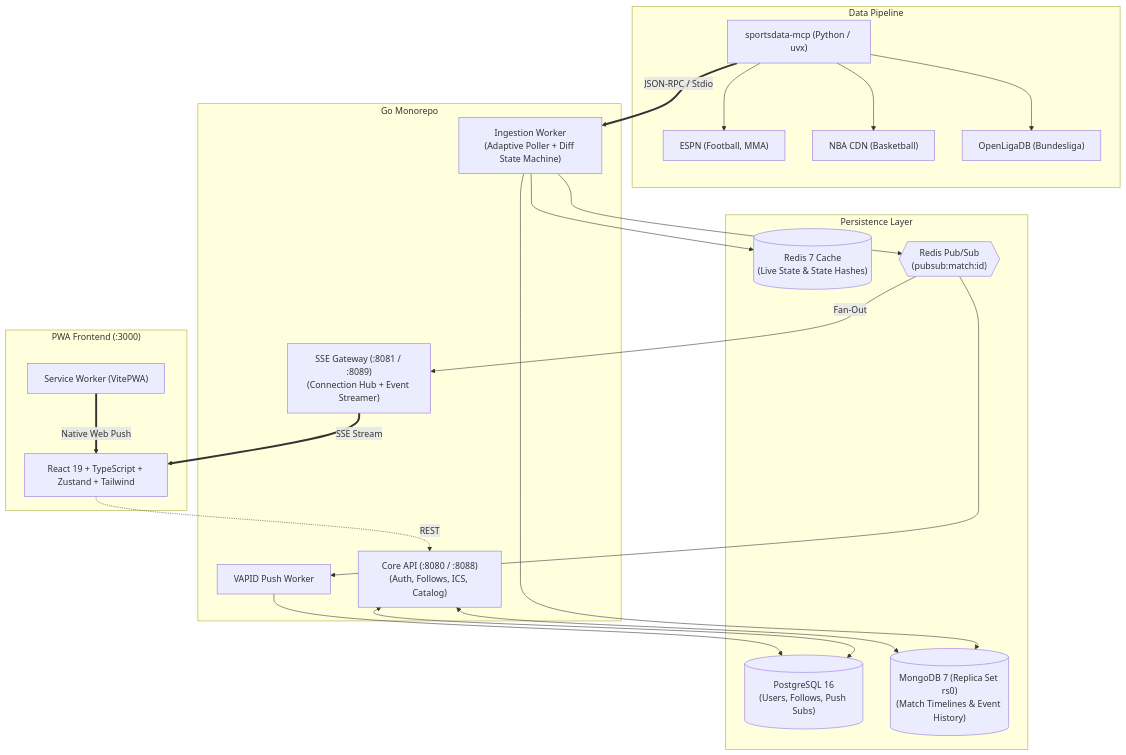
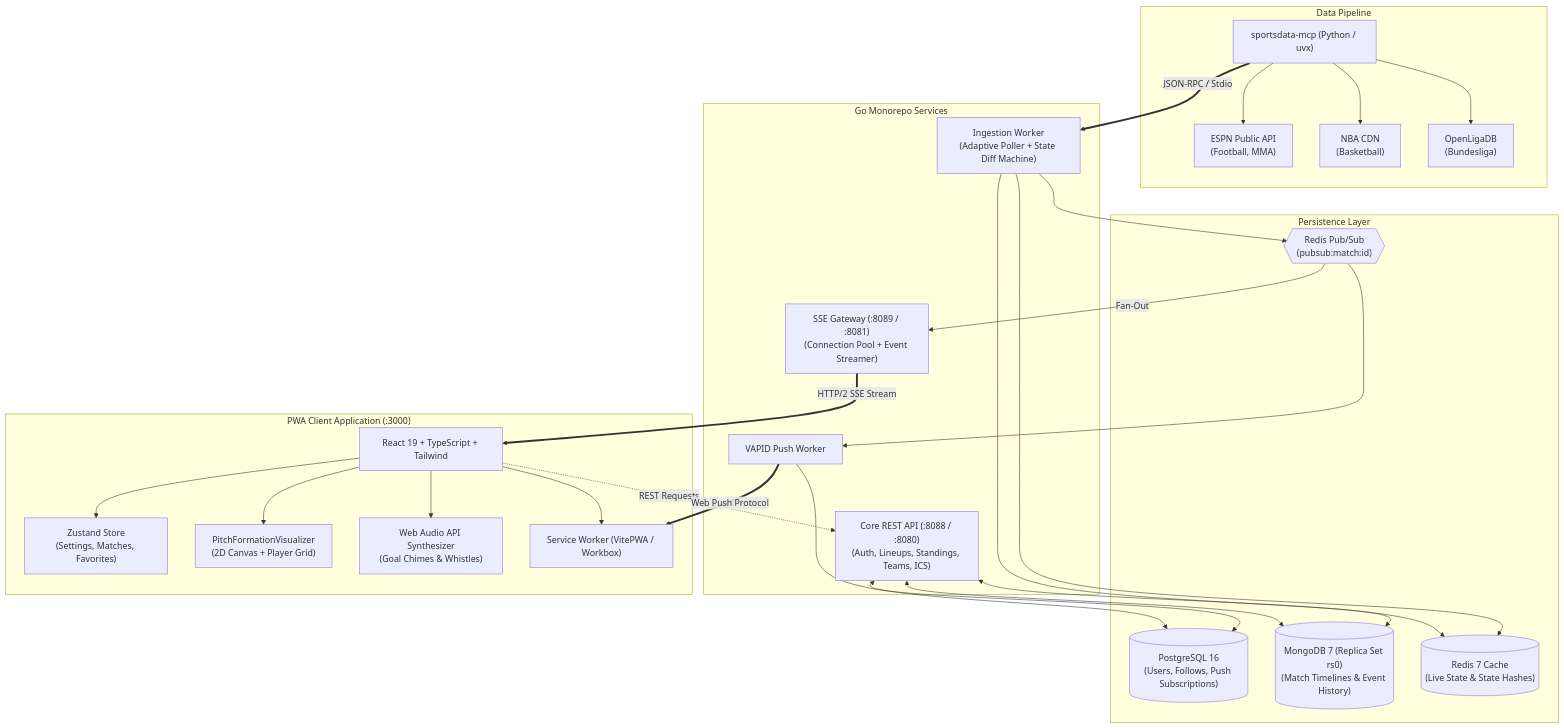
Before and after one commit to NivRave/not365: the diagram in README.md, drawn with Mermaid. The commit also changed other lines of this file, not shown here.

Commit message:
docs: comprehensive, professional README with architecture, pitch visualizer, OLED theme, and complete API reference

````diff
--- a/README.md
+++ b/README.md
@@ -32,47 +118,54 @@
 ```mermaid
 flowchart TD
     subgraph Providers["Data Pipeline"]
         MCP["sportsdata-mcp (Python / uvx)"]
-        ESPN["ESPN (Football, MMA)"]
-        NBA["NBA CDN (Basketball)"]
-        OL["OpenLigaDB (Bundesliga)"]
+        ESPN["ESPN Public API\n(Football, MMA)"]
+        NBA["NBA CDN\n(Basketball)"]
+        OL["OpenLigaDB\n(Bundesliga)"]
         MCP --> ESPN & NBA & OL
     end
 
-    subgraph Backend["Go Monorepo"]
-        Worker["Ingestion Worker\n(Adaptive Poller + Diff State Machine)"]
-        CoreAPI["Core API (:8080 / :8088)\n(Auth, Follows, ICS, Catalog)"]
-        Gateway["SSE Gateway (:8081 / :8089)\n(Connection Hub + Event Streamer)"]
-        Push["VAPID Push Worker"]
+    subgraph Backend["Go Monorepo Services"]
+        Worker["Ingestion Worker\n(Adaptive Poller + State Diff Machine)"]
+        CoreAPI["Core REST API (:8088 / :8080)\n(Auth, Lineups, Standings, Teams, ICS)"]
+        Gateway["SSE Gateway (:8089 / :8081)\n(Connection Pool + Event Streamer)"]
+        PushWorker["VAPID Push Worker"]
     end
 
     subgraph Stores["Persistence Layer"]
-        PG[("PostgreSQL 16\n(Users, Follows, Push Subs)")]
+        PG[("PostgreSQL 16\n(Users, Follows, Push Subscriptions)")]
         Mongo[("MongoDB 7 (Replica Set rs0)\n(Match Timelines & Event History)")]
         RedisCache[("Redis 7 Cache\n(Live State & State Hashes)")]
         RedisPubSub{{"Redis Pub/Sub\n(pubsub:match:id)"}}
     end
 
-    subgraph Client["PWA Frontend (:3000)"]
-        React["React 19 + TypeScript + Zustand + Tailwind"]
-        SW["Service Worker (VitePWA)"]
+    subgraph Client["PWA Client Application (:3000)"]
+        React["React 19 + TypeScript + Tailwind"]
+        Zustand["Zustand Store\n(Settings, Matches, Favorites)"]
+        Pitch["PitchFormationVisualizer\n(2D Canvas + Player Grid)"]
+        Audio["Web Audio API Synthesizer\n(Goal Chimes & Whistles)"]
+        SW["Service Worker (VitePWA / Workbox)"]
+        React --> Zustand & Pitch & Audio & SW
     end
 
-    %% Ingestion Flow
+    %% Ingestion Pipeline
     MCP == JSON-RPC / Stdio ==> Worker
     Worker --> RedisCache
     Worker --> Mongo
     Worker --> RedisPubSub
 
-    %% Real-time Broadcast
+    %% Live Real-time Broadcast
     RedisPubSub -- Fan-Out --> Gateway
-    Gateway == SSE Stream ==> React
+    Gateway == HTTP/2 SSE Stream ==> React
 
-    %% Core Services
-    React -. REST .-> CoreAPI
+    %% Core Services Communication
+    React -. REST Requests .-> CoreAPI
     CoreAPI <--> PG
     CoreAPI <--> Mongo
-    RedisPubSub --> Push
-    Push --> PG
-    SW == Native Web Push ==> React
+    CoreAPI <--> RedisCache
+
+    %% Web Push Notifications
+    RedisPubSub --> PushWorker
+    PushWorker --> PG
+    PushWorker == Web Push Protocol ==> SW
 ```
````
